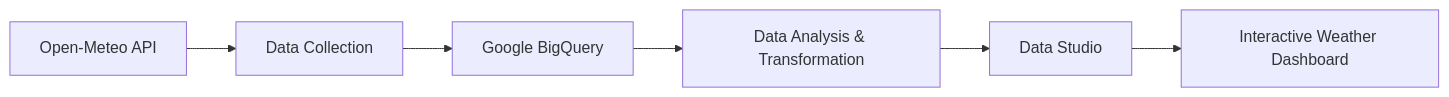
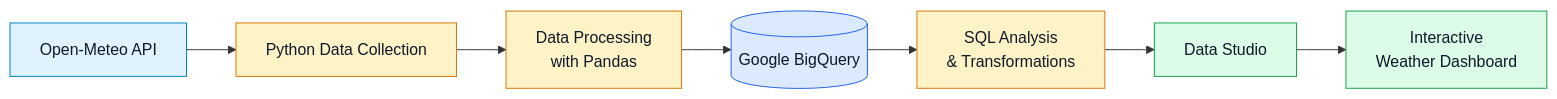
One commit to MaksymYakushev/data-studio-open-meteo changed the diagram in README.md. Above: the diagram before and after it, drawn with Mermaid. The commit also changed other lines of this file and 1 other file, not shown here.

````diff
--- a/README.md
+++ b/README.md
@@ -15,8 +22,19 @@
 ```mermaid
 flowchart LR
-    A[Open-Meteo API] --> B[Data Collection]
-    B --> C[Google BigQuery]
-    C --> D[Data Analysis & Transformation]
-    D --> E[Data Studio]
-    E --> F[Interactive Weather Dashboard]
+    A["Open-Meteo API"] --> B["Python Data Collection"]
+    B --> C["Data Processing<br/>with Pandas"]
+    C --> D[("Google BigQuery")]
+    D --> E["SQL Analysis<br/>& Transformations"]
+    E --> F["Data Studio"]
+    F --> G["Interactive<br/>Weather Dashboard"]
+
+    classDef source fill:#e0f2fe,stroke:#0284c7,color:#0f172a
+    classDef processing fill:#fef3c7,stroke:#d97706,color:#0f172a
+    classDef warehouse fill:#dbeafe,stroke:#2563eb,color:#0f172a
+    classDef visualization fill:#dcfce7,stroke:#16a34a,color:#0f172a
+
+    class A source
+    class B,C,E processing
+    class D warehouse
+    class F,G visualization
 ```
````
